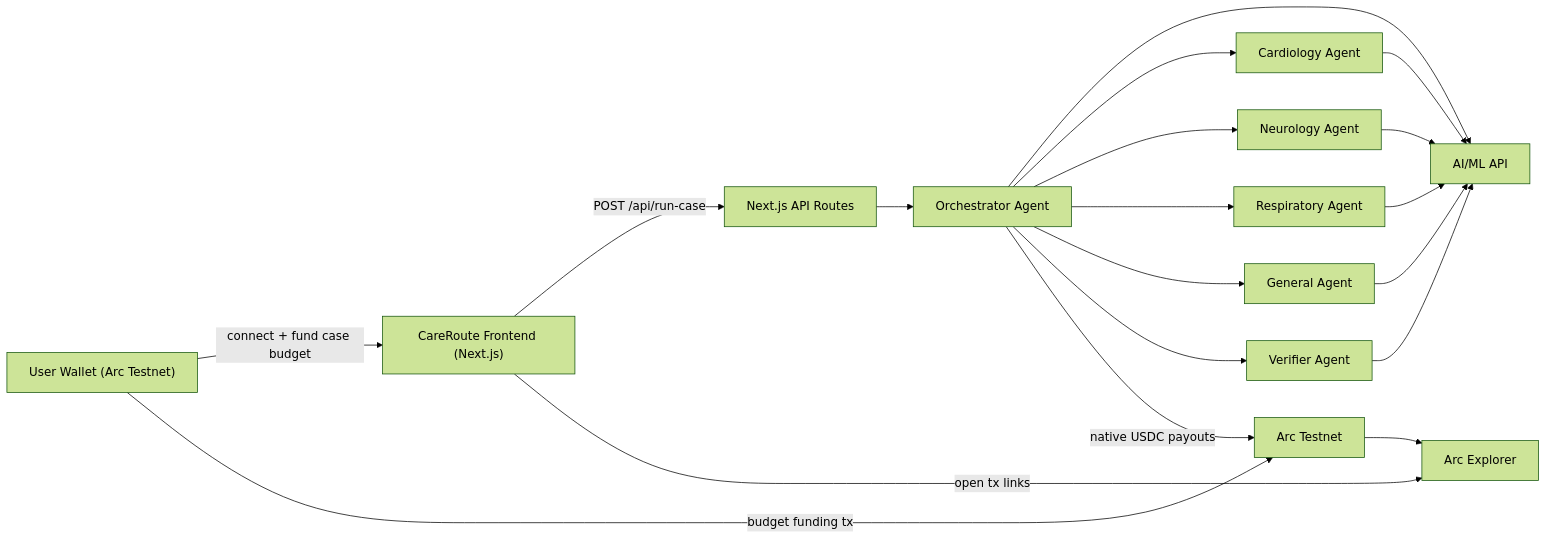
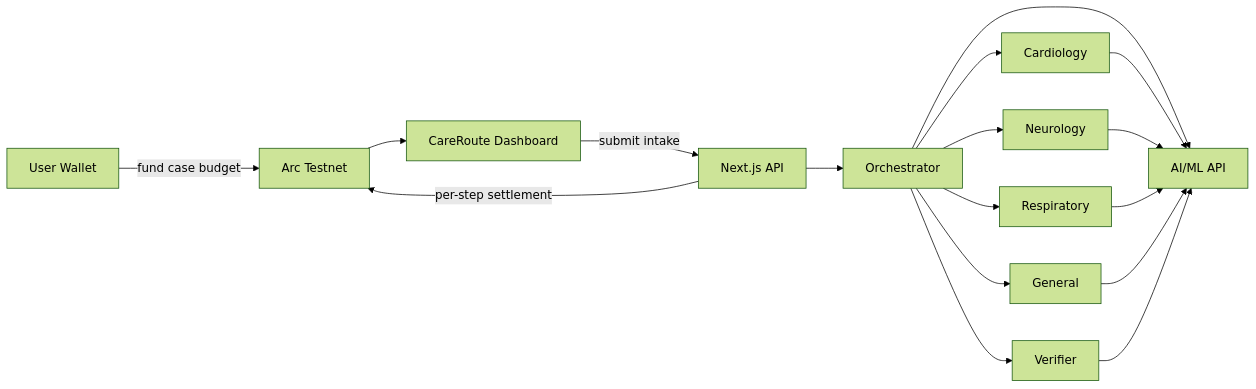
One commit to NikhilRaikwar/CareRoute changed the first of 2 diagrams in README.md. Above: the diagram before and after it, drawn with Mermaid (forest theme). The commit also changed other lines of this file and 2 other files, not shown here.

Commit message:
docs: polish CareRoute submission assets

````diff
--- a/README.md
+++ b/README.md
@@ -22,35 +44,31 @@
 ```mermaid
 flowchart LR
-    U["User Wallet (Arc Testnet)"]
-    FE["CareRoute Frontend (Next.js)"]
-    API["Next.js API Routes"]
-    ORCH["Orchestrator Agent"]
-    C["Cardiology Agent"]
-    N["Neurology Agent"]
-    R["Respiratory Agent"]
-    G["General Agent"]
-    V["Verifier Agent"]
+    U["User Wallet"]
+    FE["CareRoute Dashboard"]
+    API["Next.js API"]
+    O["Orchestrator"]
+    C["Cardiology"]
+    N["Neurology"]
+    R["Respiratory"]
+    G["General"]
+    V["Verifier"]
     AIML["AI/ML API"]
     ARC["Arc Testnet"]
-    EXP["Arc Explorer"]
 
-    U -->|"connect + fund case budget"| FE
-    FE -->|"POST /api/run-case"| API
-    API --> ORCH
-    ORCH --> AIML
-    ORCH --> C
-    ORCH --> N
-    ORCH --> R
-    ORCH --> G
+    U -->|"fund case budget"| ARC
+    FE -->|"submit intake"| API
+    API --> O
+    O --> AIML
+    O --> C
+    O --> N
+    O --> R
+    O --> G
     C --> AIML
     N --> AIML
     R --> AIML
     G --> AIML
-    ORCH --> V
+    O --> V
     V --> AIML
-
-    U -->|"budget funding tx"| ARC
-    ORCH -->|"native USDC payouts"| ARC
-    ARC --> EXP
-    FE -->|"open tx links"| EXP
+    API -->|"per-step settlement"| ARC
+    ARC --> FE
 ```
````
